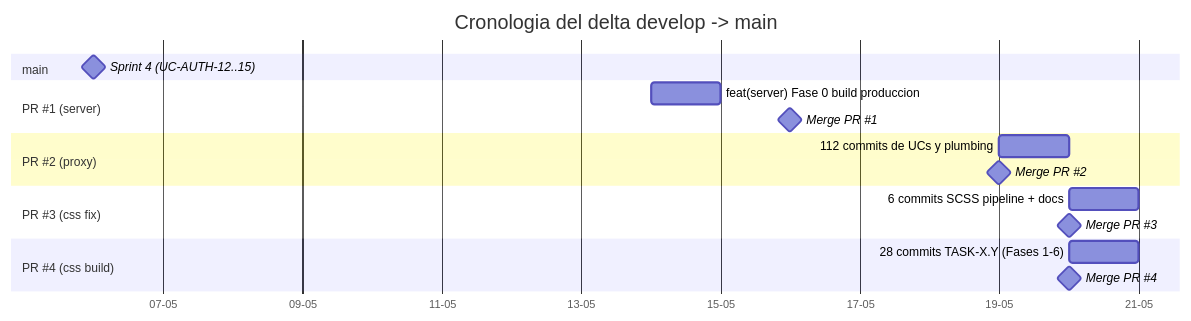
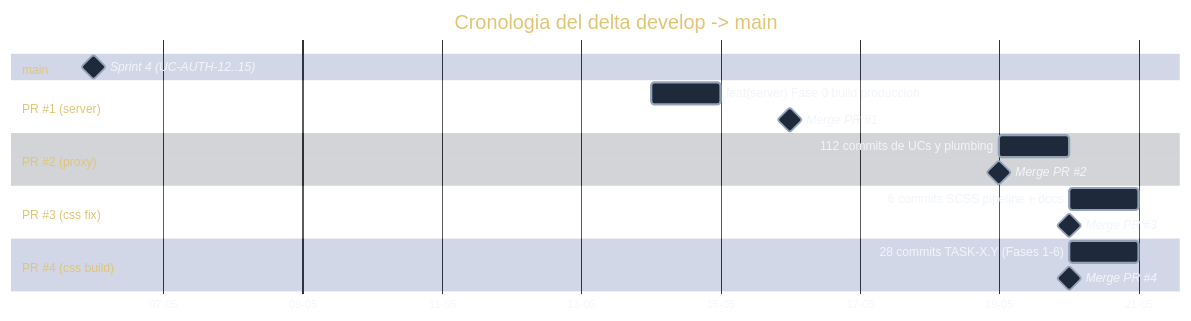
One commit to jcg-admin/template-ecommerce-ui changed the first of 3 diagrams in docs/pm/iniciativas/analizar-ramas-pendientes-de-integracion/analisis-delta-develop-a-main.md. Above: the diagram before and after it, drawn with Mermaid. The commit also changed other lines of this file and 16 other files, not shown here.

First line of the commit message:
Apply dark Mermaid theme to 19 diagrams

````diff
--- a/docs/pm/iniciativas/analizar-ramas-pendientes-de-integracion/analisis-delta-develop-a-main.md
+++ b/docs/pm/iniciativas/analizar-ramas-pendientes-de-integracion/analisis-delta-develop-a-main.md
@@ -93,25 +93,35 @@
 ```mermaid
+%%{init: {'theme':'base', 'themeVariables': {
+  'background': '#0f172a',
+  'primaryColor': '#1e293b',
+  'primaryTextColor': '#f1f5f9',
+  'primaryBorderColor': '#94a3b8',
+  'lineColor': '#cbd5e1',
+  'secondaryColor': '#334155',
+  'tertiaryColor': '#1e3a8a',
+  'fontSize': '13px'
+}}}%%
 gantt
     title Cronologia del delta develop -> main
     dateFormat YYYY-MM-DD
     axisFormat %d-%m
 
     section main
-    Sprint 4 (UC-AUTH-12..15)                :milestone, m1, 2026-05-06, 0d
+    Sprint 4 (UC-AUTH-12..15)                :milestone, milestone_sprint_4, 2026-05-06, 0d
 
     section PR #1 (server)
     feat(server) Fase 0 build produccion     :2026-05-14, 1d
-    Merge PR #1                              :milestone, 2026-05-16, 0d
+    Merge PR #1                              :milestone, milestone_merge_pr_uno, 2026-05-16, 0d
 
     section PR #2 (proxy)
     112 commits de UCs y plumbing            :2026-05-19, 1d
-    Merge PR #2                              :milestone, 2026-05-19, 0d
+    Merge PR #2                              :milestone, milestone_merge_pr_dos, 2026-05-19, 0d
 
     section PR #3 (css fix)
     6 commits SCSS pipeline + docs           :2026-05-20, 1d
-    Merge PR #3                              :milestone, 2026-05-20, 0d
+    Merge PR #3                              :milestone, milestone_merge_pr_tres, 2026-05-20, 0d
 
     section PR #4 (css build)
     28 commits TASK-X.Y (Fases 1-6)          :2026-05-20, 1d
-    Merge PR #4                              :milestone, 2026-05-20, 0d
+    Merge PR #4                              :milestone, milestone_merge_pr_cuatro, 2026-05-20, 0d
 ```
````
